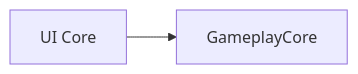
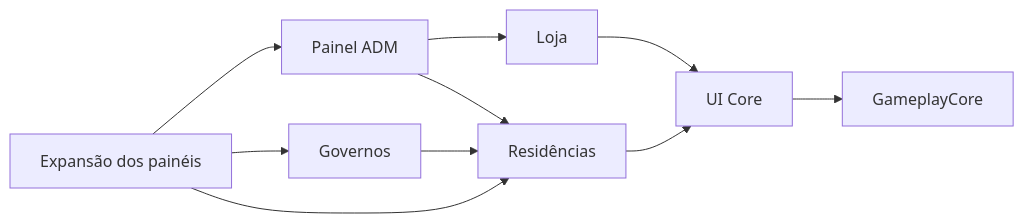
Before and after one commit to pablo-rodrigues1/AETHERIUS-ACERVO-DE-INFORMACOES: the diagram in 02-sistemas/README.md, drawn with Mermaid. The commit also changed other lines of this file and 31 other files, not shown here.

````diff
--- a/02-sistemas/README.md
+++ b/02-sistemas/README.md
@@ -27,4 +32,12 @@
 ```mermaid
 flowchart LR
   ui-core[UI Core] --> gameplay-core[GameplayCore]
+  loja[Loja] --> ui-core
+  residencias[Residências] --> ui-core
+  painel[Painel ADM] --> loja
+  painel --> residencias
+  governos[Governos] --> residencias
+  expansao[Expansão dos painéis] --> governos
+  expansao --> painel
+  expansao --> residencias
 ```
````
